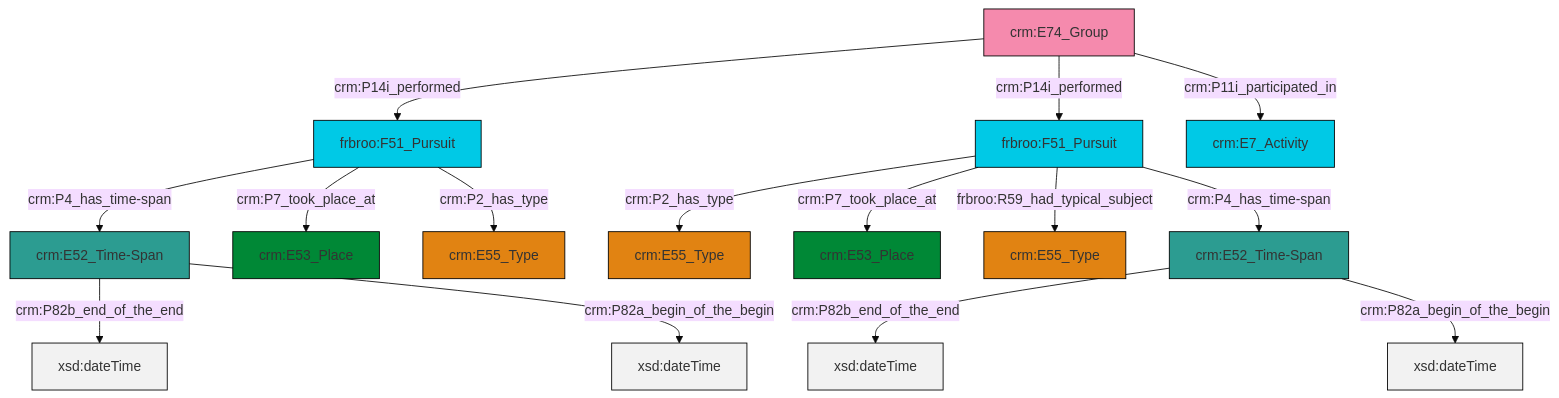
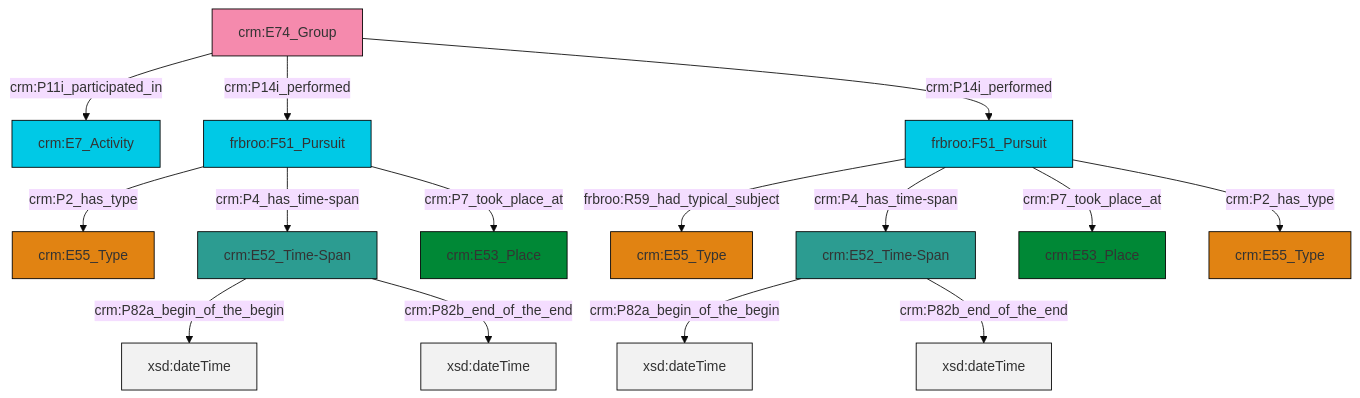
Before and after one commit to swiss-art-research-net/reference-data-models: the diagram in et/groupCSV/ttl/mmd/group_events.ttl.mmd, drawn with Mermaid (base theme). The commit also changed 128 other files, not shown here.

```diff
--- a/et/groupCSV/ttl/mmd/group_events.ttl.mmd
+++ b/et/groupCSV/ttl/mmd/group_events.ttl.mmd
@@ -1,29 +1,29 @@
 graph TD
 classDef Literal fill:#f2f2f2,stroke:#000000;
 classDef CRM_Entity fill:#FFFFFF,stroke:#000000;
 classDef Temporal_Entity fill:#00C9E6, stroke:#000000;
 classDef Type fill:#E18312, stroke:#000000;
 classDef Time-Span fill:#2C9C91, stroke:#000000;
 classDef Appellation fill:#FFEB7F, stroke:#000000;
 classDef Place fill:#008836, stroke:#000000;
 classDef Persistent_Item fill:#B266B2, stroke:#000000;
 classDef Conceptual_Object fill:#FFD700, stroke:#000000;
 classDef Physical_Thing fill:#D2B48C, stroke:#000000;
 classDef Actor fill:#f58aad, stroke:#000000;
 classDef PC_Classes fill:#4ce600, stroke:#000000;
 classDef Multi fill:#cccccc,stroke:#000000;
 
-0["frbroo:F51_Pursuit"]:::Temporal_Entity -->|crm:P2_has_type| 1["crm:E55_Type"]:::Type
-3["frbroo:F51_Pursuit"]:::Temporal_Entity -->|crm:P4_has_time-span| 4["crm:E52_Time-Span"]:::Time-Span
-5["crm:E74_Group"]:::Actor -->|crm:P14i_performed| 3["frbroo:F51_Pursuit"]:::Temporal_Entity
-5["crm:E74_Group"]:::Actor -->|crm:P14i_performed| 0["frbroo:F51_Pursuit"]:::Temporal_Entity
-4["crm:E52_Time-Span"]:::Time-Span -->|crm:P82b_end_of_the_end| 7[xsd:dateTime]:::Literal
-8["crm:E52_Time-Span"]:::Time-Span -->|crm:P82b_end_of_the_end| 9[xsd:dateTime]:::Literal
-0["frbroo:F51_Pursuit"]:::Temporal_Entity -->|crm:P7_took_place_at| 12["crm:E53_Place"]:::Place
-0["frbroo:F51_Pursuit"]:::Temporal_Entity -->|frbroo:R59_had_typical_subject| 16["crm:E55_Type"]:::Type
-5["crm:E74_Group"]:::Actor -->|crm:P11i_participated_in| 14["crm:E7_Activity"]:::Temporal_Entity
-4["crm:E52_Time-Span"]:::Time-Span -->|crm:P82a_begin_of_the_begin| 18[xsd:dateTime]:::Literal
-8["crm:E52_Time-Span"]:::Time-Span -->|crm:P82a_begin_of_the_begin| 19[xsd:dateTime]:::Literal
-3["frbroo:F51_Pursuit"]:::Temporal_Entity -->|crm:P7_took_place_at| 23["crm:E53_Place"]:::Place
-3["frbroo:F51_Pursuit"]:::Temporal_Entity -->|crm:P2_has_type| 20["crm:E55_Type"]:::Type
-0["frbroo:F51_Pursuit"]:::Temporal_Entity -->|crm:P4_has_time-span| 8["crm:E52_Time-Span"]:::Time-Span
+2["crm:E52_Time-Span"]:::Time-Span -->|crm:P82a_begin_of_the_begin| 4[xsd:dateTime]:::Literal
+2["crm:E52_Time-Span"]:::Time-Span -->|crm:P82b_end_of_the_end| 5[xsd:dateTime]:::Literal
+7["frbroo:F51_Pursuit"]:::Temporal_Entity -->|frbroo:R59_had_typical_subject| 8["crm:E55_Type"]:::Type
+11["frbroo:F51_Pursuit"]:::Temporal_Entity -->|crm:P2_has_type| 0["crm:E55_Type"]:::Type
+11["frbroo:F51_Pursuit"]:::Temporal_Entity -->|crm:P4_has_time-span| 2["crm:E52_Time-Span"]:::Time-Span
+12["crm:E52_Time-Span"]:::Time-Span -->|crm:P82a_begin_of_the_begin| 13[xsd:dateTime]:::Literal
+7["frbroo:F51_Pursuit"]:::Temporal_Entity -->|crm:P4_has_time-span| 12["crm:E52_Time-Span"]:::Time-Span
+7["frbroo:F51_Pursuit"]:::Temporal_Entity -->|crm:P7_took_place_at| 14["crm:E53_Place"]:::Place
+15["crm:E74_Group"]:::Actor -->|crm:P11i_participated_in| 16["crm:E7_Activity"]:::Temporal_Entity
+7["frbroo:F51_Pursuit"]:::Temporal_Entity -->|crm:P2_has_type| 9["crm:E55_Type"]:::Type
+11["frbroo:F51_Pursuit"]:::Temporal_Entity -->|crm:P7_took_place_at| 20["crm:E53_Place"]:::Place
+12["crm:E52_Time-Span"]:::Time-Span -->|crm:P82b_end_of_the_end| 21[xsd:dateTime]:::Literal
+15["crm:E74_Group"]:::Actor -->|crm:P14i_performed| 11["frbroo:F51_Pursuit"]:::Temporal_Entity
+15["crm:E74_Group"]:::Actor -->|crm:P14i_performed| 7["frbroo:F51_Pursuit"]:::Temporal_Entity
```
